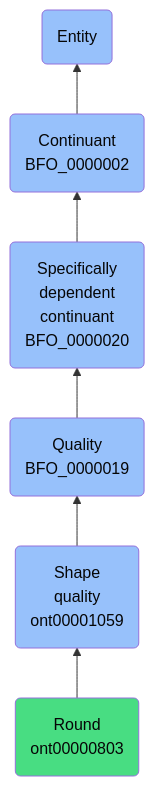
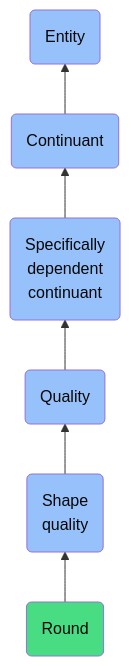
One commit to jupyter-naas/abi changed the diagram in docs/ontology/reference/model/Entity/Continuant/Specifically dependent continuant/Quality/Shape quality/Round/Round.md. Above: the diagram before and after it, drawn with Mermaid. The commit also changed other lines of this file and 1430 other files, not shown here.

````diff
--- a/docs/ontology/reference/model/Entity/Continuant/Specifically dependent continuant/Quality/Shape quality/Round/Round.md
+++ b/docs/ontology/reference/model/Entity/Continuant/Specifically dependent continuant/Quality/Shape quality/Round/Round.md
@@ -24,13 +24,13 @@
 ```mermaid
 graph BT
-    ont00000803(Round<br>ont00000803):::ABI-->ont00001059
-    ont00001059(Shape<br>quality<br>ont00001059):::BFO-->BFO_0000019
-    BFO_0000019(Quality<br>BFO_0000019):::BFO-->BFO_0000020
-    BFO_0000020(Specifically<br>dependent<br>continuant<br>BFO_0000020):::BFO-->BFO_0000002
-    BFO_0000002(Continuant<br>BFO_0000002):::BFO-->BFO_0000001
+    ont00000803(Round):::ABI-->ont00001059
+    ont00001059(Shape<br>quality):::BFO-->BFO_0000019
+    BFO_0000019(Quality):::BFO-->BFO_0000020
+    BFO_0000020(Specifically<br>dependent<br>continuant):::BFO-->BFO_0000002
+    BFO_0000002(Continuant):::BFO-->BFO_0000001
     BFO_0000001(Entity):::BFO
     
     classDef BFO fill:#97c1fb,color:#060606
     classDef CCO fill:#e4c51e,color:#060606
     classDef ABI fill:#48DD82,color:#060606
 ```
````
